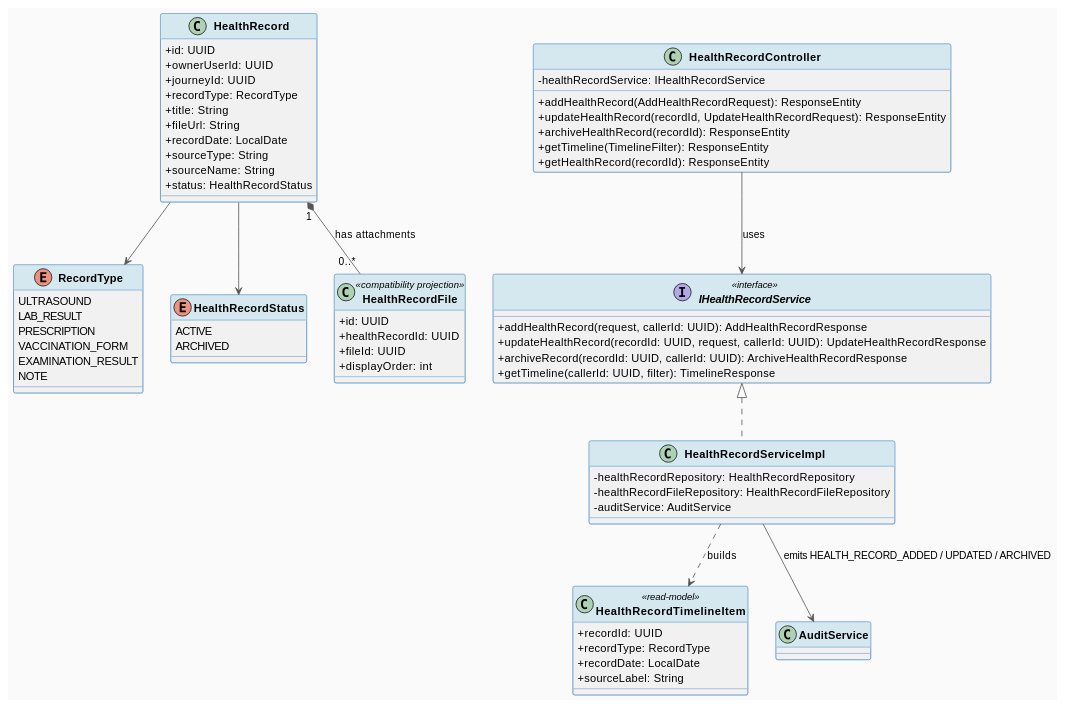
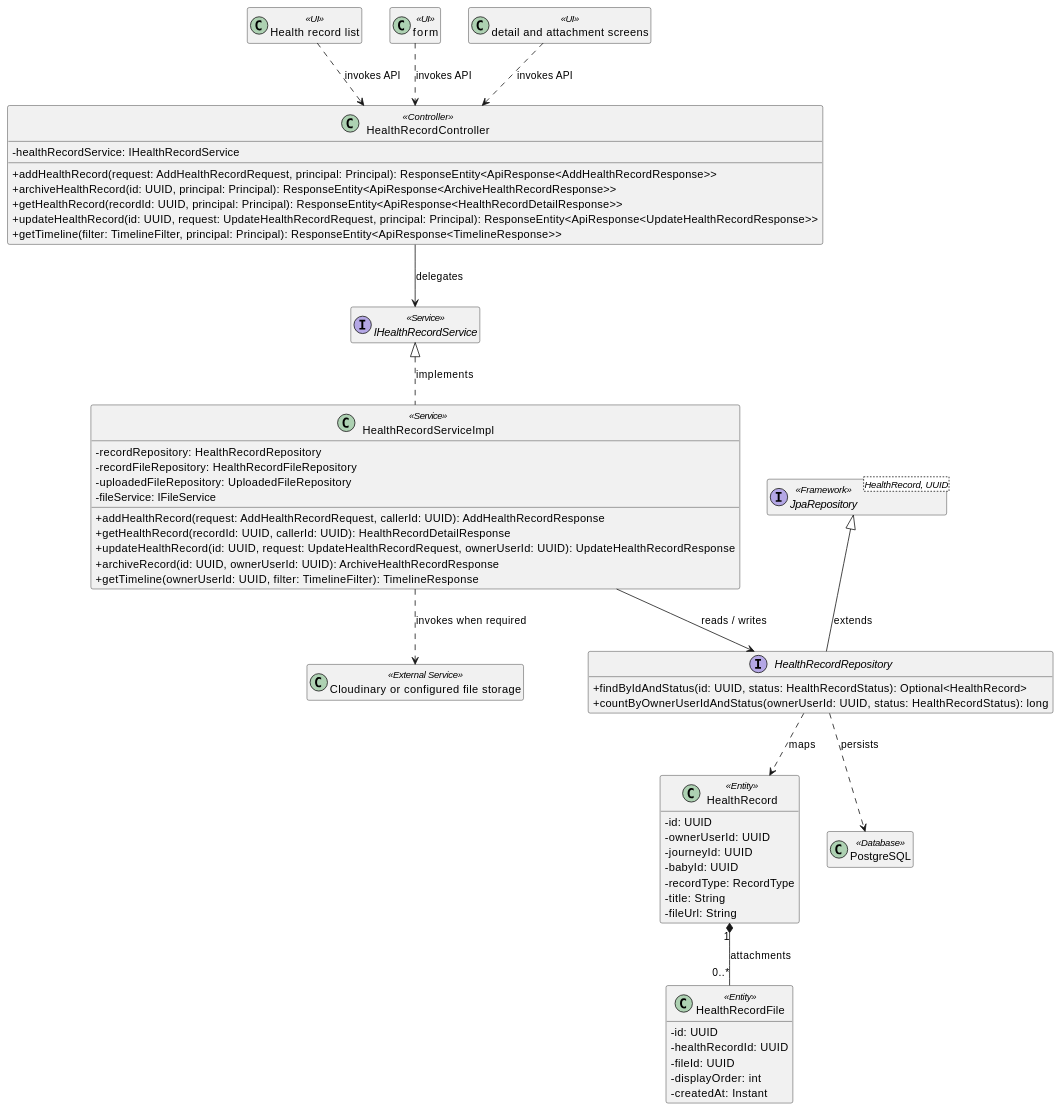
Before and after one commit to ChuongBDHE172784/CareBridge_SEP490_G79: the first of 2 diagrams in docs/Detailed_Design/MF02_Mother_Care_Journey/04_Personal_Health_Record_Lifecycle_Timeline.md, drawn with PlantUML. The commit also changed other lines of this file and 111 other files, not shown here.

````diff
--- a/docs/Detailed_Design/MF02_Mother_Care_Journey/04_Personal_Health_Record_Lifecycle_Timeline.md
+++ b/docs/Detailed_Design/MF02_Mother_Care_Journey/04_Personal_Health_Record_Lifecycle_Timeline.md
@@ -26,81 +20,65 @@
 ```plantuml
-@startuml MF02_04_HealthRecord_ClassDiagram
+@startuml MF02_04_MaternalHealthRecordLifecycleandAttachments_ClassDiagram
 skinparam classAttributeIconSize 0
-skinparam classFontStyle bold
-skinparam backgroundColor #FAFAFA
-skinparam ArrowColor #555555
-skinparam ClassBorderColor #2E75B6
-skinparam ClassHeaderBackgroundColor #D5E8F0
+hide empty members
 
-class HealthRecord {
-  + id: UUID
-  + ownerUserId: UUID
-  + journeyId: UUID
-  + recordType: RecordType
-  + title: String
-  + fileUrl: String
-  + recordDate: LocalDate
-  + sourceType: String
-  + sourceName: String
-  + status: HealthRecordStatus
+class "Health record list" as UI1 <<UI>>
+class "form" as UI2 <<UI>>
+class "detail and attachment screens" as UI3 <<UI>>
+class "HealthRecordController" as Controller1 <<Controller>> {
+  - healthRecordService: IHealthRecordService
+  + addHealthRecord(request: AddHealthRecordRequest, principal: Principal): ResponseEntity<ApiResponse<AddHealthRecordResponse>>
+  + archiveHealthRecord(id: UUID, principal: Principal): ResponseEntity<ApiResponse<ArchiveHealthRecordResponse>>
+  + getHealthRecord(recordId: UUID, principal: Principal): ResponseEntity<ApiResponse<HealthRecordDetailResponse>>
+  + updateHealthRecord(id: UUID, request: UpdateHealthRecordRequest, principal: Principal): ResponseEntity<ApiResponse<UpdateHealthRecordResponse>>
+  + getTimeline(filter: TimelineFilter, principal: Principal): ResponseEntity<ApiResponse<TimelineResponse>>
 }
+class "HealthRecordServiceImpl" as Service1 <<Service>> {
+  - recordRepository: HealthRecordRepository
+  - recordFileRepository: HealthRecordFileRepository
+  - uploadedFileRepository: UploadedFileRepository
+  - fileService: IFileService
+  + addHealthRecord(request: AddHealthRecordRequest, callerId: UUID): AddHealthRecordResponse
+  + getHealthRecord(recordId: UUID, callerId: UUID): HealthRecordDetailResponse
+  + updateHealthRecord(id: UUID, request: UpdateHealthRecordRequest, ownerUserId: UUID): UpdateHealthRecordResponse
+  + archiveRecord(id: UUID, ownerUserId: UUID): ArchiveHealthRecordResponse
+  + getTimeline(ownerUserId: UUID, filter: TimelineFilter): TimelineResponse
+}
+interface "IHealthRecordService" as Service1Contract <<Service>>
+interface "HealthRecordRepository" as Repository1 {
+  + findByIdAndStatus(id: UUID, status: HealthRecordStatus): Optional<HealthRecord>
+  + countByOwnerUserIdAndStatus(ownerUserId: UUID, status: HealthRecordStatus): long
+}
+class "HealthRecord" as Entity1 <<Entity>> {
+  - id: UUID
+  - ownerUserId: UUID
+  - journeyId: UUID
+  - babyId: UUID
+  - recordType: RecordType
+  - title: String
+  - fileUrl: String
+}
+class "HealthRecordFile" as Entity2 <<Entity>> {
+  - id: UUID
+  - healthRecordId: UUID
+  - fileId: UUID
+  - displayOrder: int
+  - createdAt: Instant
+}
+interface "JpaRepository<HealthRecord, UUID>" as Repository1Base <<Framework>>
+class "PostgreSQL" as DB <<Database>>
+class "Cloudinary or configured file storage" as External <<External Service>>
 
-enum RecordType {
-  ULTRASOUND
-  LAB_RESULT
-  PRESCRIPTION
-  VACCINATION_FORM
-  EXAMINATION_RESULT
-  NOTE
-}
-
-enum HealthRecordStatus {
-  ACTIVE
-  ARCHIVED
-}
-
-class HealthRecordFile <<compatibility projection>> {
-  + id: UUID
-  + healthRecordId: UUID
-  + fileId: UUID
-  + displayOrder: int
-}
-
-class HealthRecordTimelineItem <<read-model>> {
-  + recordId: UUID
-  + recordType: RecordType
-  + recordDate: LocalDate
-  + sourceLabel: String
-}
-
-class HealthRecordController {
-  - healthRecordService: IHealthRecordService
-  + addHealthRecord(AddHealthRecordRequest): ResponseEntity
-  + updateHealthRecord(recordId, UpdateHealthRecordRequest): ResponseEntity
-  + archiveHealthRecord(recordId): ResponseEntity
-  + getTimeline(TimelineFilter): ResponseEntity
-  + getHealthRecord(recordId): ResponseEntity
-}
-
-interface IHealthRecordService <<interface>> {
-  + addHealthRecord(request, callerId: UUID): AddHealthRecordResponse
-  + updateHealthRecord(recordId: UUID, request, callerId: UUID): UpdateHealthRecordResponse
-  + archiveRecord(recordId: UUID, callerId: UUID): ArchiveHealthRecordResponse
-  + getTimeline(callerId: UUID, filter): TimelineResponse
-}
-
-class HealthRecordServiceImpl implements IHealthRecordService {
-  - healthRecordRepository: HealthRecordRepository
-  - healthRecordFileRepository: HealthRecordFileRepository
-  - auditService: AuditService
-}
-
-HealthRecord --> RecordType
-HealthRecord --> HealthRecordStatus
-HealthRecord "1" *-- "0..*" HealthRecordFile : has attachments
-HealthRecordController --> IHealthRecordService : uses
-HealthRecordServiceImpl ..> HealthRecordTimelineItem : builds
-HealthRecordServiceImpl --> AuditService : emits HEALTH_RECORD_ADDED / UPDATED / ARCHIVED
-
+Service1Contract <|.. Service1 : implements
+Repository1Base <|-- Repository1 : extends
+UI1 ..> Controller1 : invokes API
+UI2 ..> Controller1 : invokes API
+UI3 ..> Controller1 : invokes API
+Controller1 --> Service1Contract : delegates
+Service1 --> Repository1 : reads / writes
+Repository1 ..> Entity1 : maps
+Repository1 ..> DB : persists
+Service1 ..> External : invokes when required
+Entity1 "1" *-- "0..*" Entity2 : attachments
 @enduml
 ```
````
